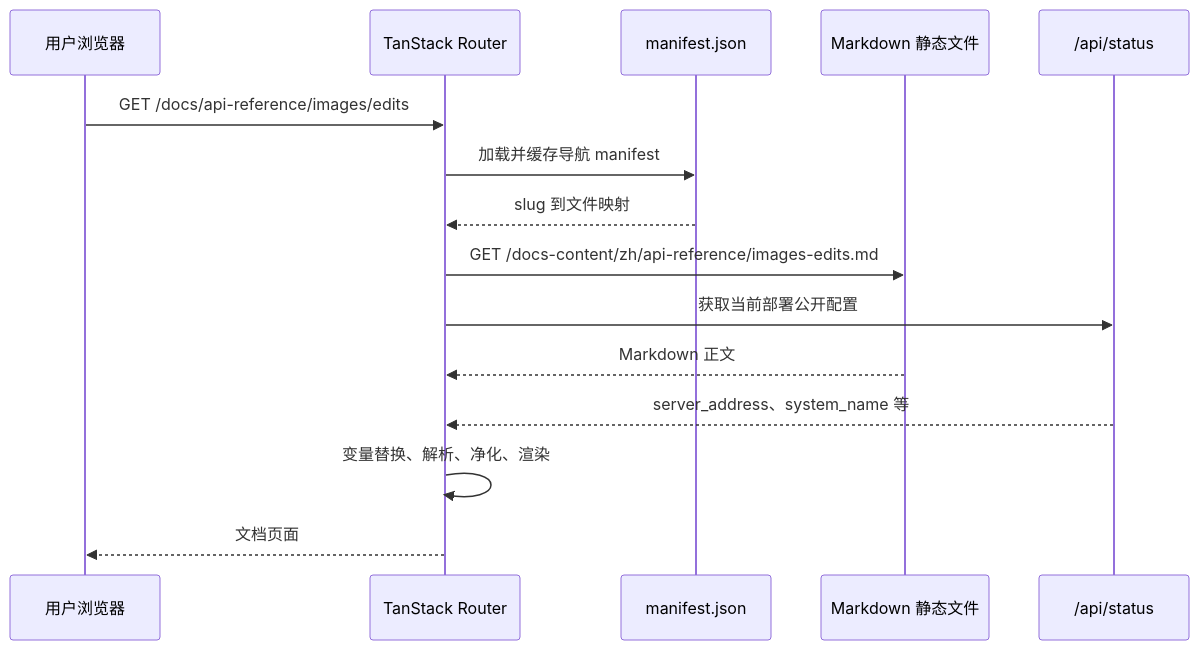
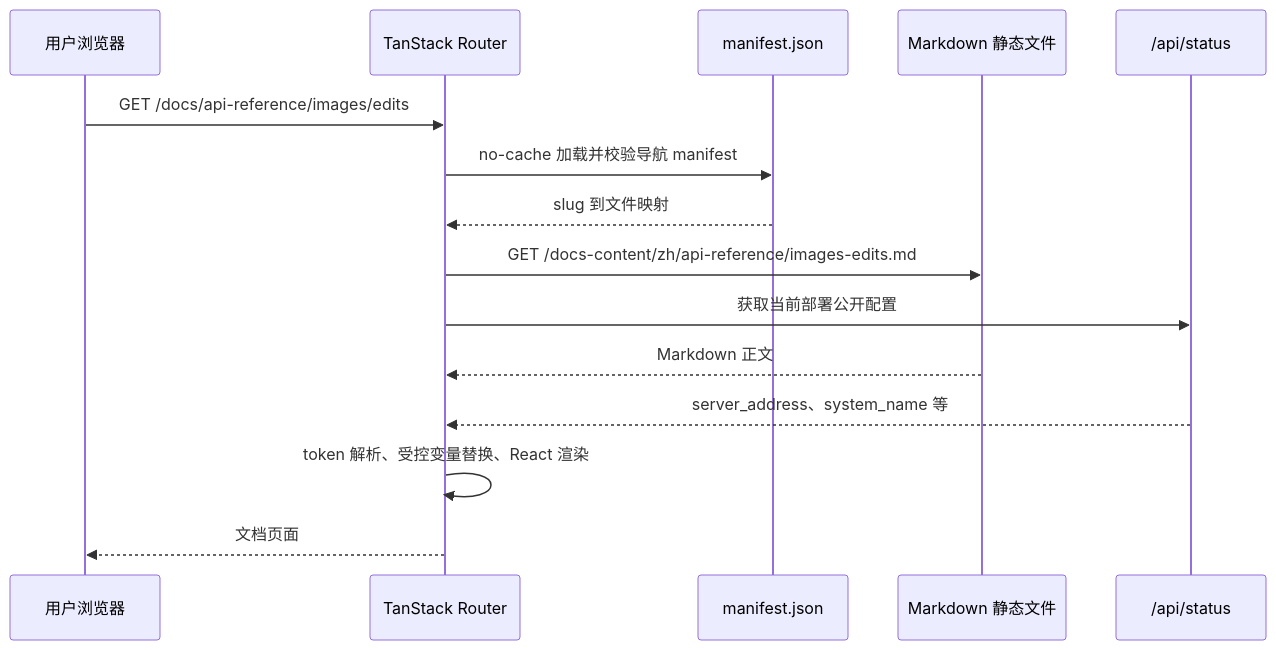
One commit to wuqiang44444444/new-api changed the second of 2 diagrams in docs/20-architecture/内置API文档中心架构.md. Above: the diagram before and after it, drawn with Mermaid. The commit also changed other lines of this file and 100 other files, not shown here.

````diff
--- a/docs/20-architecture/内置API文档中心架构.md
+++ b/docs/20-architecture/内置API文档中心架构.md
@@ -178,18 +208,18 @@
 ```mermaid
 sequenceDiagram
     participant U as 用户浏览器
     participant R as TanStack Router
     participant M as manifest.json
     participant D as Markdown 静态文件
     participant S as /api/status
 
     U->>R: GET /docs/api-reference/images/edits
-    R->>M: 加载并缓存导航 manifest
+    R->>M: no-cache 加载并校验导航 manifest
     M-->>R: slug 到文件映射
     R->>D: GET /docs-content/zh/api-reference/images-edits.md
     R->>S: 获取当前部署公开配置
     D-->>R: Markdown 正文
     S-->>R: server_address、system_name 等
-    R->>R: 变量替换、解析、净化、渲染
+    R->>R: token 解析、受控变量替换、React 渲染
     R-->>U: 文档页面
 ```
````
